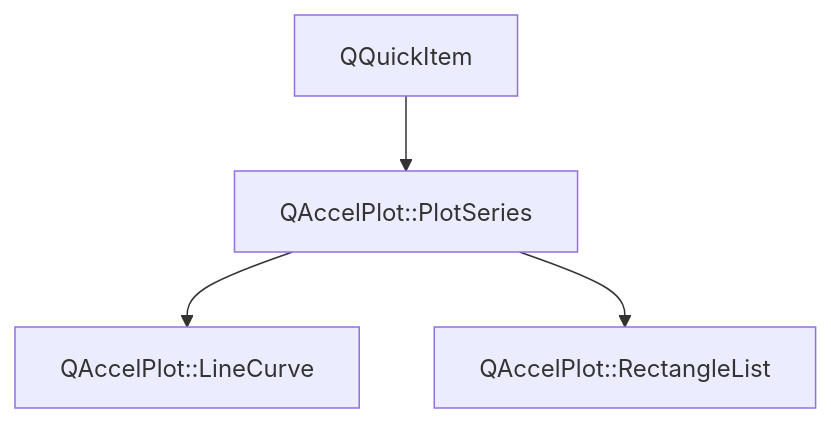
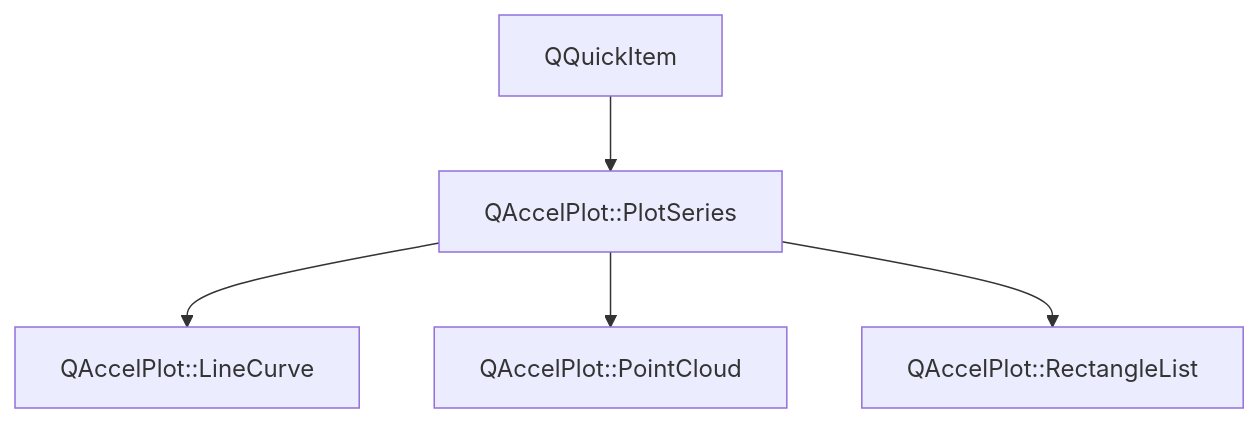
One commit to michalgrabarczyk/QAccelPlot changed the diagram in main/assets/.doxy/QAccelPlot/api/classQAccelPlot_1_1PlotSeries.md. Above: the diagram before and after it, drawn with Mermaid. The commit also changed other lines of this file and 307 other files, not shown here.

````diff
--- a/main/assets/.doxy/QAccelPlot/api/classQAccelPlot_1_1PlotSeries.md
+++ b/main/assets/.doxy/QAccelPlot/api/classQAccelPlot_1_1PlotSeries.md
@@ -32,16 +32,20 @@
 ```mermaid
 flowchart TB
   classQAccelPlot_1_1PlotSeries["QAccelPlot::PlotSeries"]
 
   external_base_classQAccelPlot_1_1PlotSeries_1["QQuickItem"]
   external_base_classQAccelPlot_1_1PlotSeries_1 --> classQAccelPlot_1_1PlotSeries
 
   classQAccelPlot_1_1LineCurve["QAccelPlot::LineCurve"]
   classQAccelPlot_1_1PlotSeries --> classQAccelPlot_1_1LineCurve
   click classQAccelPlot_1_1LineCurve "../classQAccelPlot_1_1LineCurve/" "Open QAccelPlot::LineCurve"
 
+  classQAccelPlot_1_1PointCloud["QAccelPlot::PointCloud"]
+  classQAccelPlot_1_1PlotSeries --> classQAccelPlot_1_1PointCloud
+  click classQAccelPlot_1_1PointCloud "../classQAccelPlot_1_1PointCloud/" "Open QAccelPlot::PointCloud"
+
   classQAccelPlot_1_1RectangleList["QAccelPlot::RectangleList"]
   classQAccelPlot_1_1PlotSeries --> classQAccelPlot_1_1RectangleList
   click classQAccelPlot_1_1RectangleList "../classQAccelPlot_1_1RectangleList/" "Open QAccelPlot::RectangleList"
 
 ```
````
